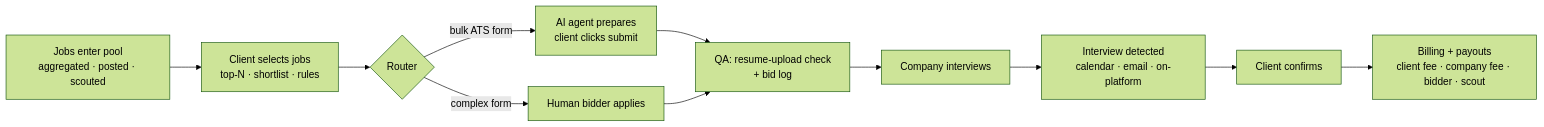
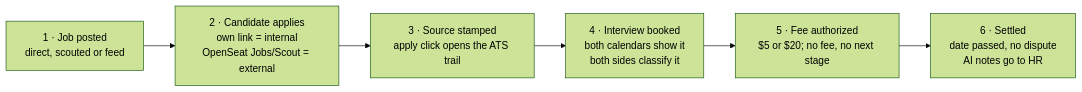
The second of 2 diagrams in docs/00-product-overview.md (sid0709/Joined), drawn with Mermaid (forest theme) before and after one commit. The commit also changed other lines of this file and 35 other files, not shown here.

First line of the commit message:
docs: align specs with Jobs, Hire and Scout investor deck

````diff
--- a/docs/00-product-overview.md
+++ b/docs/00-product-overview.md
@@ -34,13 +57,8 @@
 ```mermaid
 flowchart LR
-  A[Jobs enter pool<br/>aggregated · posted · scouted] --> B[Client selects jobs<br/>top-N · shortlist · rules]
-  B --> C{Router}
-  C -->|bulk ATS form| D[AI agent prepares<br/>client clicks submit]
-  C -->|complex form| E[Human bidder applies]
-  D --> F[QA: resume-upload check<br/>+ bid log]
-  E --> F
-  F --> G[Company interviews]
-  G --> H[Interview detected<br/>calendar · email · on-platform]
-  H --> I[Client confirms]
-  I --> J[Billing + payouts<br/>client fee · company fee · bidder · scout]
+  A[1 · Job posted<br/>direct, scouted or feed] --> B[2 · Candidate applies<br/>own link = internal<br/>OpenSeat Jobs/Scout = external]
+  B --> C[3 · Source stamped<br/>apply click opens the ATS trail]
+  C --> D[4 · Interview booked<br/>both calendars show it<br/>both sides classify it]
+  D --> E[5 · Fee authorized<br/>$5 or $20; no fee, no next stage]
+  E --> F[6 · Settled<br/>date passed, no dispute<br/>AI notes go to HR]
 ```
````
